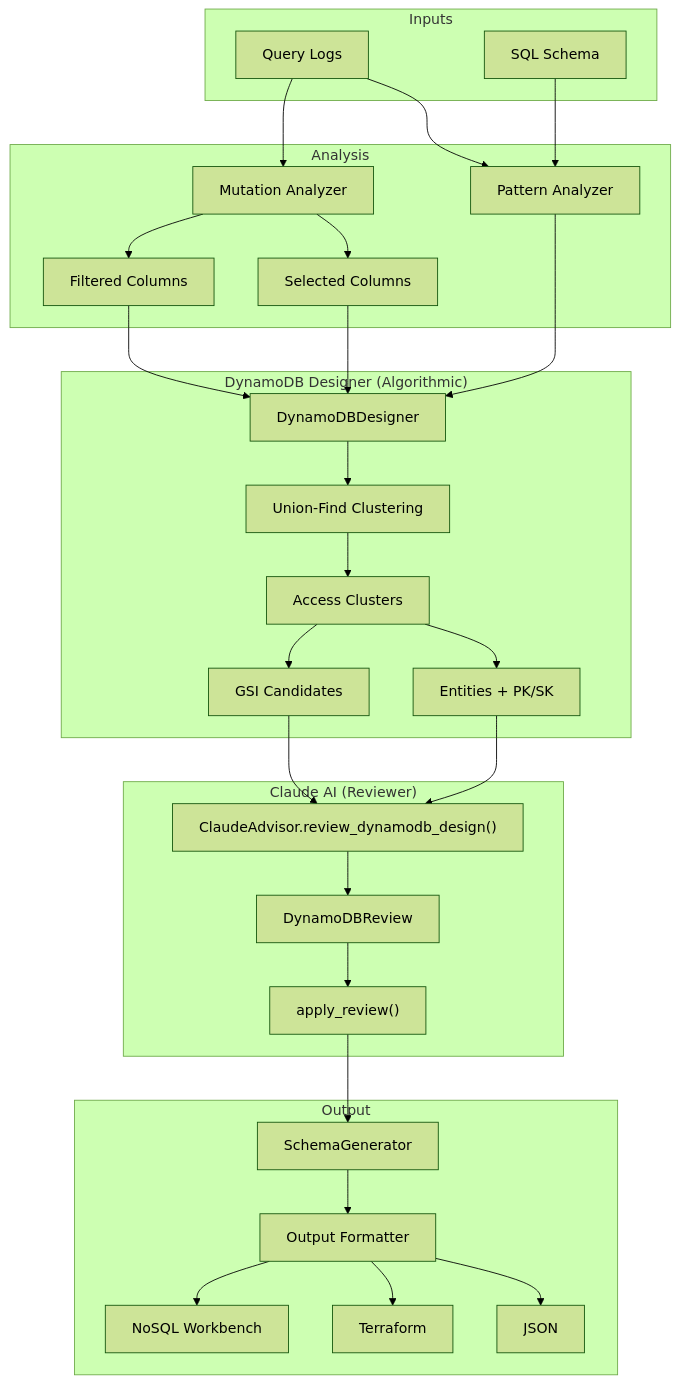
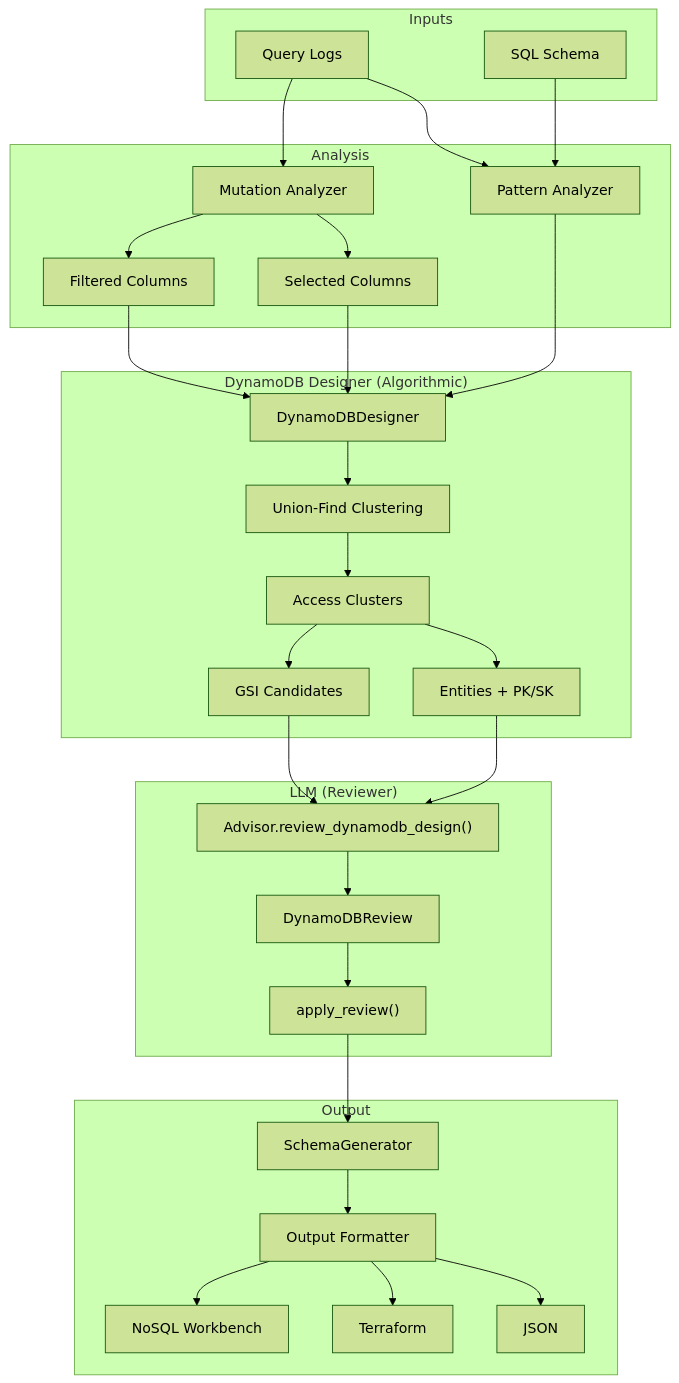
Before and after one commit to kraghavan/schema-travels: the fourth of 7 diagrams in ARCHITECTURE.md, drawn with Mermaid (forest theme). The commit also changed other lines of this file and 21 other files, not shown here.

````diff
--- a/ARCHITECTURE.md
+++ b/ARCHITECTURE.md
@@ -90,58 +163,58 @@
 ```mermaid
 flowchart TB
     subgraph Inputs
         LOGS["Query Logs"]
         SCHEMA["SQL Schema"]
     end
 
     subgraph Analysis
         PA["Pattern Analyzer"]
         MA["Mutation Analyzer"]
         SC["Selected Columns"]
         FC["Filtered Columns"]
     end
 
     subgraph LocalDesign["DynamoDB Designer (Algorithmic)"]
         DD["DynamoDBDesigner"]
         UF["Union-Find Clustering"]
         AC["Access Clusters"]
         ENT["Entities + PK/SK"]
         GSI["GSI Candidates"]
     end
 
-    subgraph AIReview["Claude AI (Reviewer)"]
-        CR["ClaudeAdvisor.review_dynamodb_design()"]
+    subgraph AIReview["LLM (Reviewer)"]
+        CR["Advisor.review_dynamodb_design()"]
         REV["DynamoDBReview"]
         AR["apply_review()"]
     end
 
     subgraph Output
         SG["SchemaGenerator"]
         FMT["Output Formatter"]
         JSON["JSON"]
         TF["Terraform"]
         NSW["NoSQL Workbench"]
     end
 
     LOGS --> PA
     LOGS --> MA
     SCHEMA --> PA
     MA --> SC
     MA --> FC
     PA --> DD
     SC --> DD
     FC --> DD
     DD --> UF
     UF --> AC
     AC --> ENT
     AC --> GSI
     ENT --> CR
     GSI --> CR
     CR --> REV
     REV --> AR
     AR --> SG
     SG --> FMT
     FMT --> JSON
     FMT --> TF
     FMT --> NSW
 ```
````
